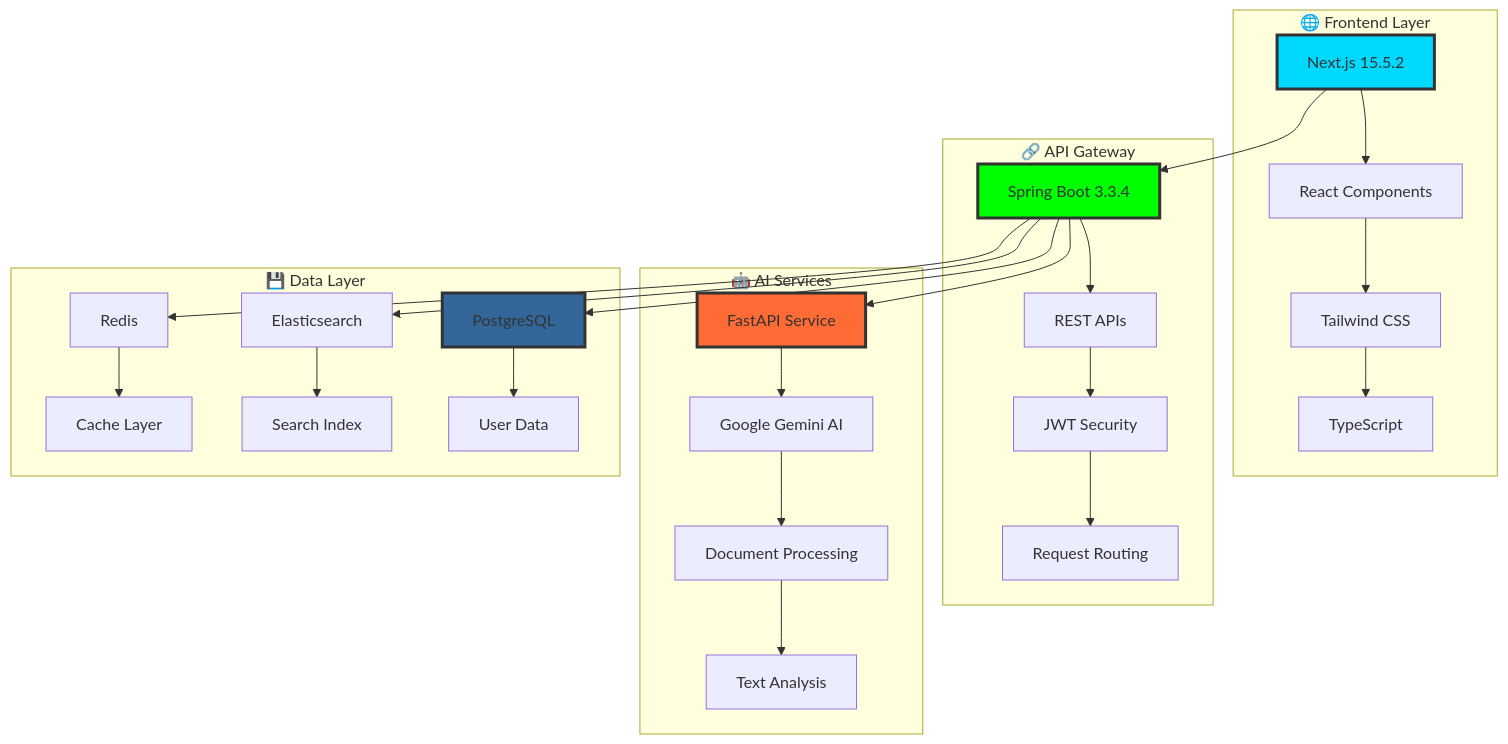
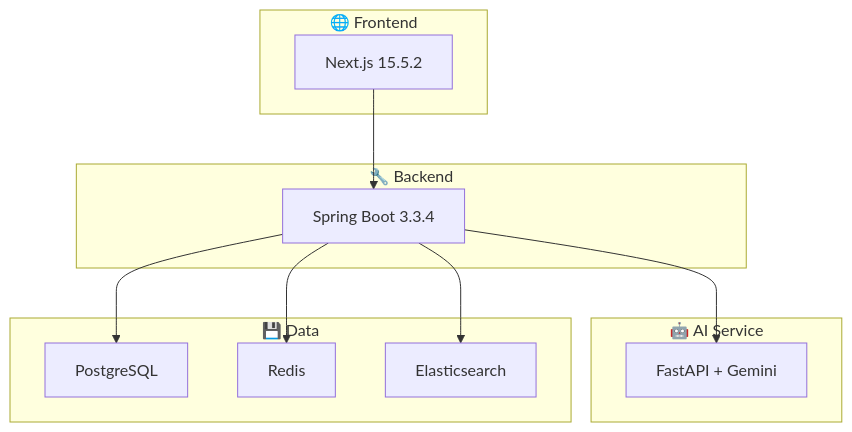
The second of 3 diagrams in README.md (jaynikam2005/ai-resume-job-matcher), drawn with Mermaid before and after one commit. The commit also changed other lines of this file, not shown here.

````diff
--- a/README.md
+++ b/README.md
@@ -97,37 +44,23 @@
 ```mermaid
 graph TB
-    subgraph "🌐 Frontend Layer"
-        A[Next.js 15.5.2] --> B[React Components]
-        B --> C[Tailwind CSS]
-        C --> D[TypeScript]
+    subgraph Frontend["🌐 Frontend"]
+        A["Next.js 15.5.2"]
+    end
+    subgraph Backend["🔧 Backend"]
+        B["Spring Boot 3.3.4"]
+    end
+    subgraph AI["🤖 AI Service"]
+        C["FastAPI + Gemini"]
+    end
+    subgraph Data["💾 Data"]
+        D["PostgreSQL"]
+        E["Redis"]
+        F["Elasticsearch"]
     end
     
-    subgraph "🔗 API Gateway"
-        E[Spring Boot 3.3.4] --> F[REST APIs]
-        F --> G[JWT Security]
-        G --> H[Request Routing]
-    end
-    
-    subgraph "🤖 AI Services"
-        I[FastAPI Service] --> J[Google Gemini AI]
-        J --> K[Document Processing]
-        K --> L[Text Analysis]
-    end
-    
-    subgraph "💾 Data Layer"
-        M[PostgreSQL] --> N[User Data]
-        O[Elasticsearch] --> P[Search Index]
-        Q[Redis] --> R[Cache Layer]
-    end
-    
-    A --> E
-    E --> I
-    E --> M
-    E --> O
-    E --> Q
-    
-    style A fill:#00D9FF,stroke:#333,stroke-width:3px
-    style E fill:#00FF00,stroke:#333,stroke-width:3px
-    style I fill:#FF6B35,stroke:#333,stroke-width:3px
-    style M fill:#336699,stroke:#333,stroke-width:3px
+    A --> B
+    B --> C
+    B --> D
+    B --> E
+    B --> F
 ```
````
